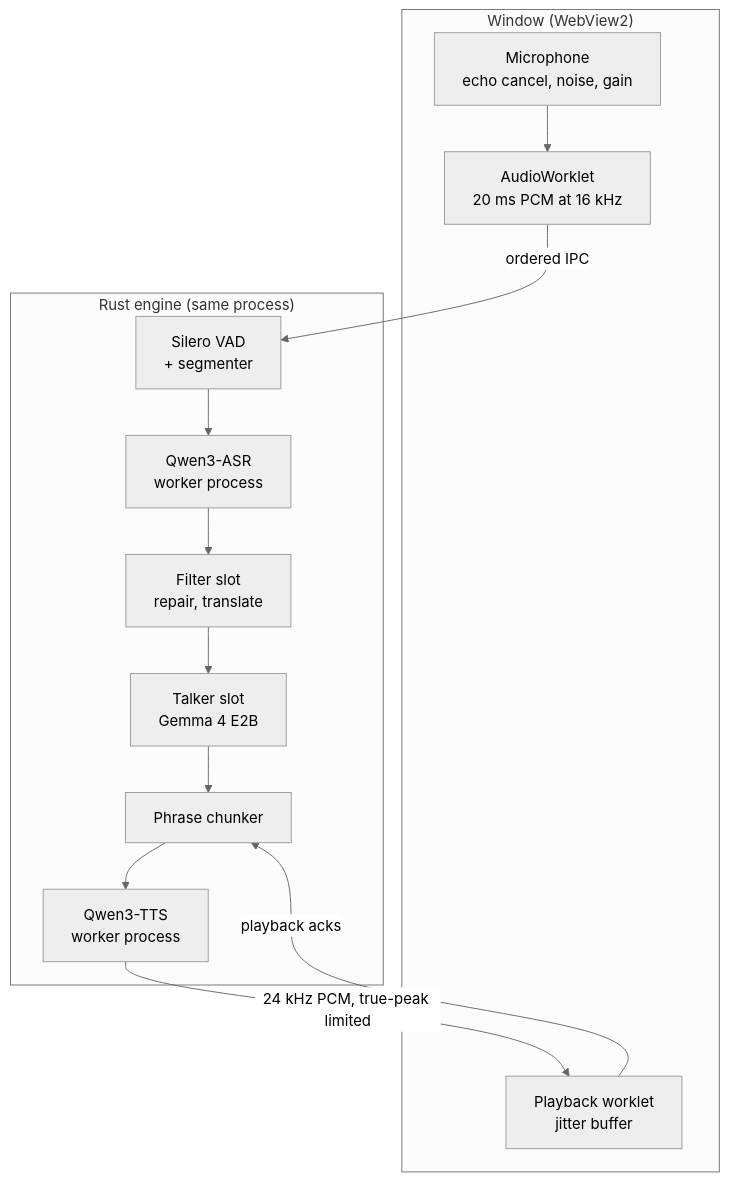
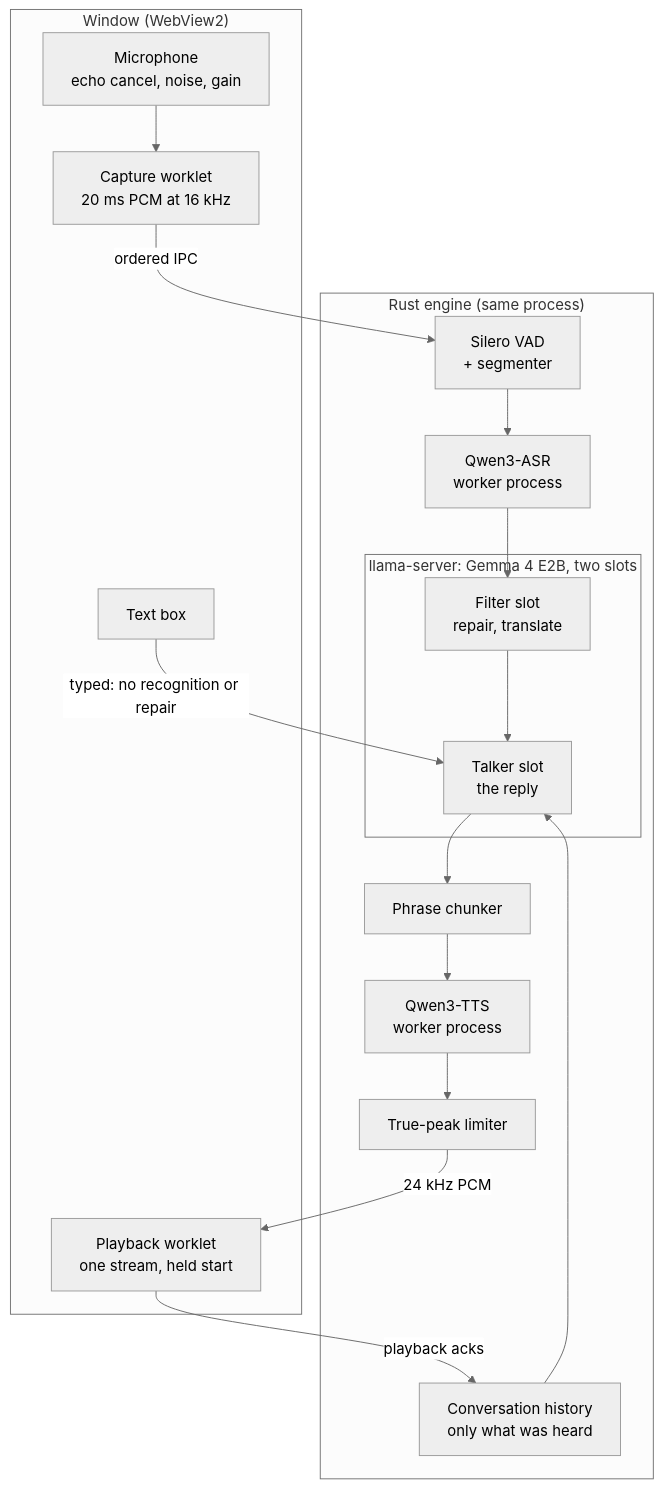
The diagram in README.md (AryThakar/zen), drawn with Mermaid (neutral theme) before and after one commit. The commit also changed other lines of this file and 2 other files, not shown here.

Commit message:
Docs: draw both ways in, and describe playback as it works now
The README diagram showed one straight line from microphone to speaker,
with playback acknowledgements going to the phrase chunker. Typed
messages skip recognition and repair and go straight to the talker, the
filter and talker are two slots of one llama-server, and the
acknowledgements decide what enters the conversation history the talker
reads. The diagram now shows all three.

PROTOCOL.md still spoke of "scheduled audio", from the player that gave
each block its own start time. The pause after a phrase is silence the
page appends to the stream, and `played` goes once that has been heard.

The native test compared the board with the reply after replacing runs
of the letter s rather than of whitespace (a regex that lost its
backslash); it now normalises whitespace, and still passes.

````diff
--- a/README.md
+++ b/README.md
@@ -104,17 +103,25 @@
 ```mermaid
 flowchart TB
     subgraph W["Window (WebView2)"]
-        MIC["Microphone<br/>echo cancel, noise, gain"] --> WL["AudioWorklet<br/>20 ms PCM at 16 kHz"]
-        PB["Playback worklet<br/>jitter buffer"]
+        MIC["Microphone<br/>echo cancel, noise, gain"] --> WL["Capture worklet<br/>20 ms PCM at 16 kHz"]
+        TXT["Text box"]
+        PB["Playback worklet<br/>one stream, held start"]
     end
     subgraph E["Rust engine (same process)"]
         VAD["Silero VAD<br/>+ segmenter"] --> ASR["Qwen3-ASR<br/>worker process"]
-        ASR --> FIL["Filter slot<br/>repair, translate"]
-        FIL --> TALK["Talker slot<br/>Gemma 4 E2B"]
+        subgraph LS["llama-server: Gemma 4 E2B, two slots"]
+            FIL["Filter slot<br/>repair, translate"]
+            TALK["Talker slot<br/>the reply"]
+        end
+        ASR --> FIL
+        FIL --> TALK
+        HIST["Conversation history<br/>only what was heard"] --> TALK
         TALK --> CH["Phrase chunker"]
         CH --> TTS["Qwen3-TTS<br/>worker process"]
+        TTS --> LIM["True-peak limiter"]
     end
     WL -->|"ordered IPC"| VAD
-    TTS -->|"24 kHz PCM, true-peak limited"| PB
-    PB -->|"playback acks"| CH
+    TXT -->|"typed: no recognition or repair"| TALK
+    LIM -->|"24 kHz PCM"| PB
+    PB -->|"playback acks"| HIST
 ```
````
